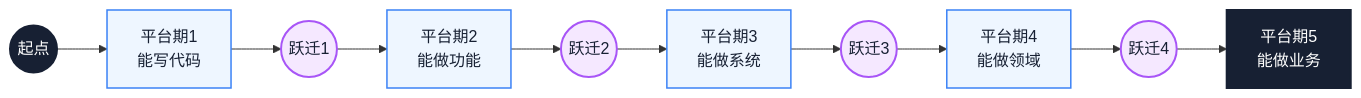
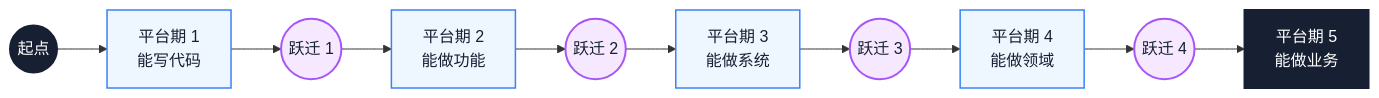
One commit to Fatejian/frontier-vault changed the second of 3 diagrams in docs/career/growth-path.md. Above: the diagram before and after it, drawn with Mermaid. The commit also changed other lines of this file and 41 other files, not shown here.

````diff
--- a/docs/career/growth-path.md
+++ b/docs/career/growth-path.md
@@ -106,24 +96,23 @@
 ```mermaid
-%%{init: {'theme': 'base', 'themeVariables': { 'fontFamily': 'Inter, PingFang SC, Microsoft YaHei, sans-serif', 'primaryColor': '#F7F9FC', 'primaryTextColor': '#172033', 'primaryBorderColor': '#6EA8FE', 'lineColor': '#8A94A6, 'fontSize': '13px'}}}%%
 flowchart LR
     P1((起点))
-    P2["平台期1<br/>能写代码"]
-    P3((跃迁1))
-    P4["平台期2<br/>能做功能"]
-    P5((跃迁2))
-    P6["平台期3<br/>能做系统"]
-    P7((跃迁3))
-    P8["平台期4<br/>能做领域"]
-    P9((跃迁4))
-    P10["平台期5<br/>能做业务"]
+    P2["平台期 1<br/>能写代码"]
+    P3((跃迁 1))
+    P4["平台期 2<br/>能做功能"]
+    P5((跃迁 2))
+    P6["平台期 3<br/>能做系统"]
+    P7((跃迁 3))
+    P8["平台期 4<br/>能做领域"]
+    P9((跃迁 4))
+    P10["平台期 5<br/>能做业务"]
 
     P1 --> P2 --> P3 --> P4 --> P5 --> P6 --> P7 --> P8 --> P9 --> P10
 
-    classDef start fill:#172033,color:#fff,stroke:#172033,stroke-width:2px;
-    classDef plateau fill:#EEF6FF,stroke:#3B82F6,color:#172033,stroke-width:1.5px;
-    classDef leap fill:#F5E8FF,stroke:#A855F7,color:#172033,stroke-width:2px;
+    classDef core fill:#172033,color:#fff,stroke:#172033,stroke-width:2px;
+    classDef wait fill:#EEF6FF,stroke:#3B82F6,color:#172033,stroke-width:1.5px;
+    classDef metric fill:#F5E8FF,stroke:#A855F7,color:#172033,stroke-width:2px;
 
-    class P1,P10 start;
-    class P2,P4,P6,P8 plateau;
-    class P3,P5,P7,P9 leap;
+    class P1,P10 core;
+    class P2,P4,P6,P8 wait;
+    class P3,P5,P7,P9 metric;
 ```
````
